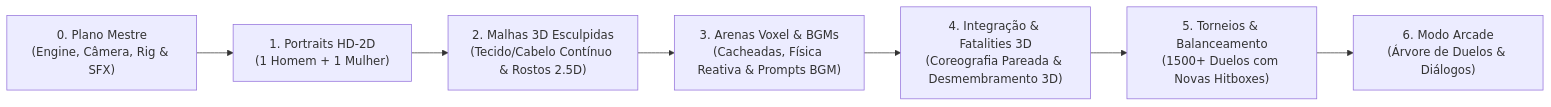
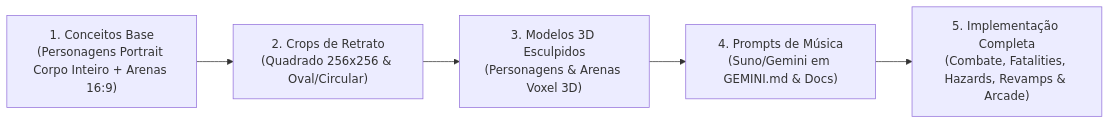
The second of 4 diagrams in docs/EXPANSION_ROADMAP_AND_DESIGN.md (colletes/samurai-edge-demake), drawn with Mermaid before and after one commit. The commit also changed other lines of this file and 184 other files, not shown here.

````diff
--- a/docs/EXPANSION_ROADMAP_AND_DESIGN.md
+++ b/docs/EXPANSION_ROADMAP_AND_DESIGN.md
@@ -158,9 +158,7 @@
 ```mermaid
 flowchart LR
-    Step0["0. Plano Mestre<br>(Engine, Câmera, Rig & SFX)"] --> Step1["1. Portraits HD-2D<br>(1 Homem + 1 Mulher)"]
-    Step1 --> Step2["2. Malhas 3D Esculpidas<br>(Tecido/Cabelo Contínuo & Rostos 2.5D)"]
-    Step2 --> Step3["3. Arenas Voxel & BGMs<br>(Cacheadas, Física Reativa & Prompts BGM)"]
-    Step3 --> Step4["4. Integração & Fatalities 3D<br>(Coreografia Pareada & Desmembramento 3D)"]
-    Step4 --> Step5["5. Torneios & Balanceamento<br>(1500+ Duelos com Novas Hitboxes)"]
-    Step5 --> Step6["6. Modo Arcade<br>(Árvore de Duelos & Diálogos)"]
+    Step1["1. Conceitos Base<br>(Personagens Portrait Corpo Inteiro + Arenas 16:9)"] --> Step2["2. Crops de Retrato<br>(Quadrado 256x256 & Oval/Circular)"]
+    Step2 --> Step3["3. Modelos 3D Esculpidos<br>(Personagens & Arenas Voxel 3D)"]
+    Step3 --> Step4["4. Prompts de Música<br>(Suno/Gemini em GEMINI.md & Docs)"]
+    Step4 --> Step5["5. Implementação Completa<br>(Combate, Fatalities, Hazards, Revamps & Arcade)"]
 ```
````
